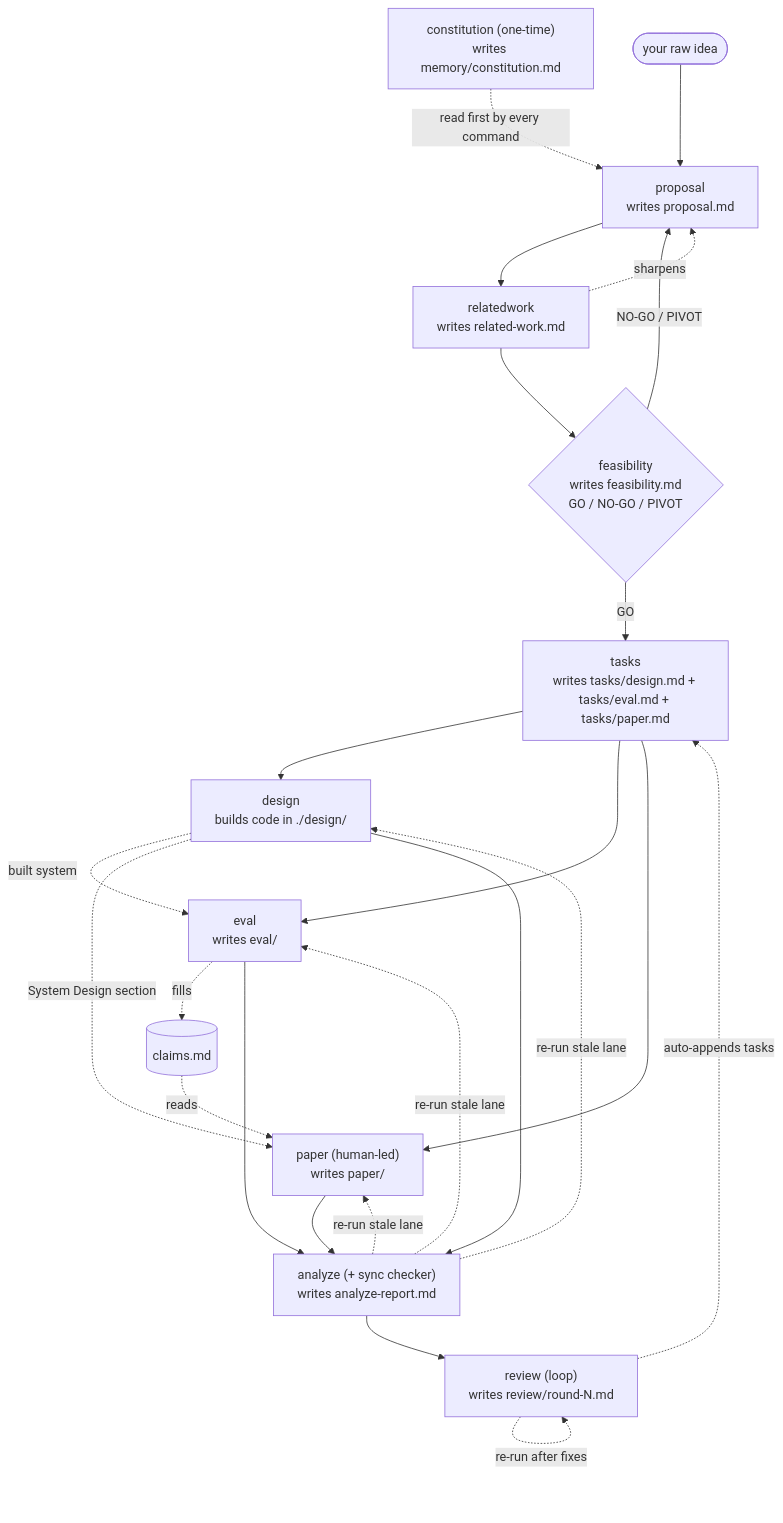
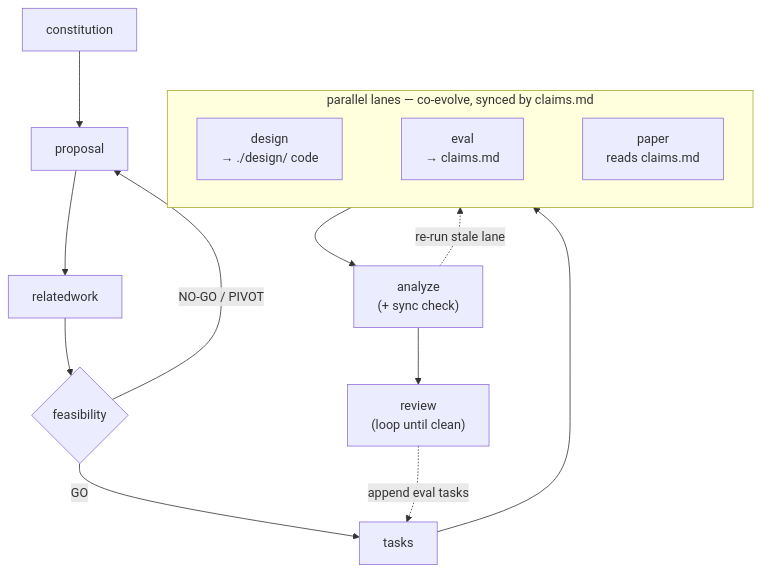
The diagram in docs/workflow.md (jiancui-research/research-kit), drawn with Mermaid before and after one commit. The commit also changed other lines of this file, not shown here.

Commit message:
docs: simplify the workflow mermaid (group the 3 lanes, cut feedback edges)
The diagram had ~18 edges incl. five back/cross-edges and three separate
analyze->lane arrows, which read as spaghetti. Now: one vertical spine, the
three lanes grouped in a left-to-right subgraph, and only two dashed feedback
edges (analyze re-run, review->tasks). Cross-lane doc-passing moved into prose.

````diff
--- a/docs/workflow.md
+++ b/docs/workflow.md
@@ -7,39 +7,17 @@
 ```mermaid
 flowchart TD
-    C["constitution (one-time)<br/>writes memory/constitution.md"]
-    I(["your raw idea"])
-    P["proposal<br/>writes proposal.md"]
-    RW["relatedwork<br/>writes related-work.md"]
-    F{"feasibility<br/>writes feasibility.md<br/>GO / NO-GO / PIVOT"}
-    T["tasks<br/>writes tasks/design.md + tasks/eval.md + tasks/paper.md"]
-    D["design<br/>builds code in ./design/"]
-    E["eval<br/>writes eval/"]
-    PA["paper (human-led)<br/>writes paper/"]
-    AN["analyze (+ sync checker)<br/>writes analyze-report.md"]
-    RV["review (loop)<br/>writes review/round-N.md"]
-    CL[("claims.md")]
+    C[constitution] --> P[proposal] --> RW[relatedwork] --> F{feasibility}
+    F -->|"NO-GO / PIVOT"| P
+    F -->|GO| T[tasks]
+    T --> L
 
-    C -.->|"read first by every command"| P
-    I --> P
-    P --> RW
-    RW --> F
-    RW -.->|"sharpens"| P
-    F -->|"GO"| T
-    F -->|"NO-GO / PIVOT"| P
-    T --> D
-    T --> E
-    T --> PA
-    D -.->|"built system"| E
-    D -.->|"System Design section"| PA
-    E -.->|"fills"| CL
-    CL -.->|"reads"| PA
-    D --> AN
-    E --> AN
-    PA --> AN
-    AN -.->|"re-run stale lane"| D
-    AN -.->|"re-run stale lane"| E
-    AN -.->|"re-run stale lane"| PA
-    AN --> RV
-    RV -.->|"auto-appends tasks"| T
-    RV -.->|"re-run after fixes"| RV
+    subgraph L["parallel lanes — co-evolve, synced by claims.md"]
+        direction LR
+        D["design<br/>→ ./design/ code"] ~~~ E["eval<br/>→ claims.md"] ~~~ PA["paper<br/>reads claims.md"]
+    end
+
+    L --> AN["analyze<br/>(+ sync check)"]
+    AN -.->|"re-run stale lane"| L
+    AN --> RV["review<br/>(loop until clean)"]
+    RV -.->|"append eval tasks"| T
 ```
````
